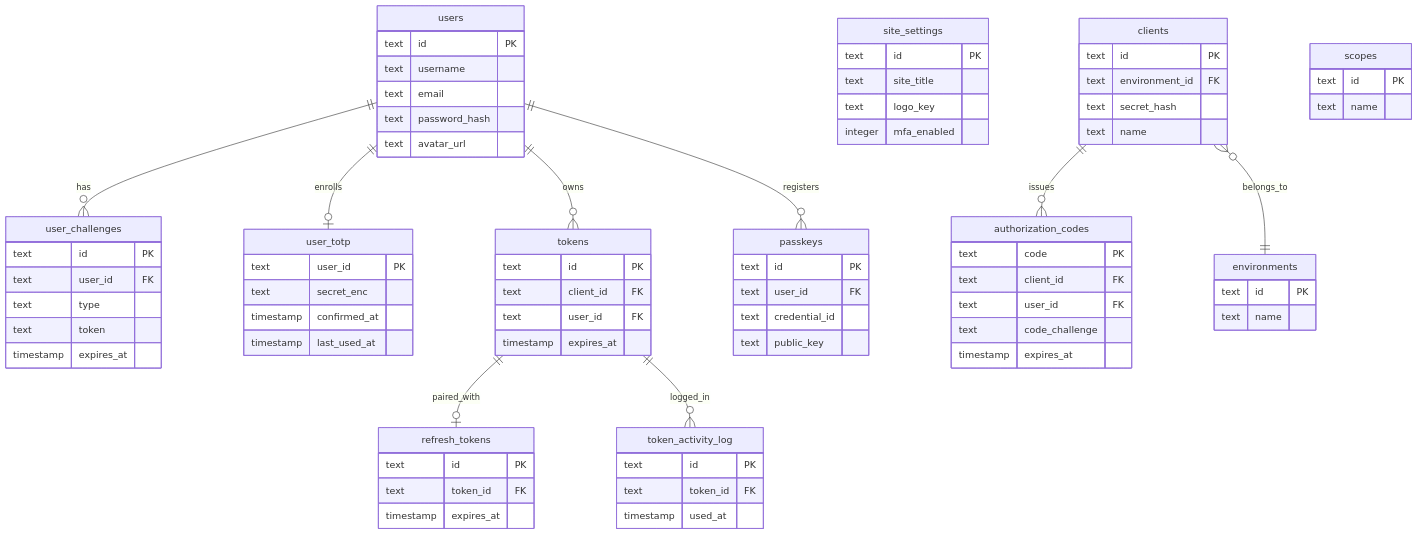
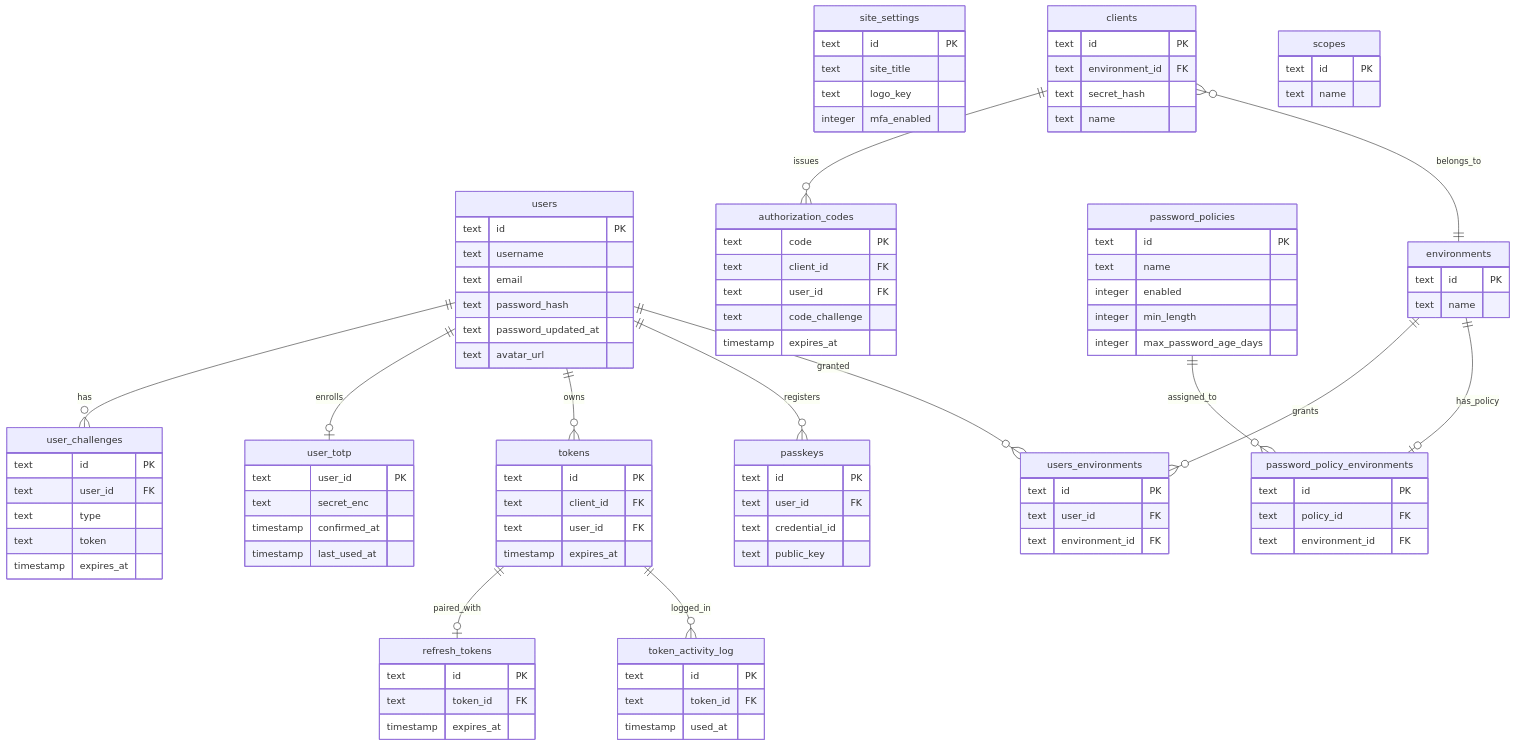
The second of 8 diagrams in docs/ARCHITECTURE.md (eetr-ai/eetr-auth), drawn with Mermaid before and after one commit. The commit also changed other lines of this file and 1 other file, not shown here.

Commit message:
docs: document password policies + user environment access
FEATURES: add Password Policies (per-env complexity rules + login max-age gate),
Environment Access (users_environments), dashboard/security entries.
ARCHITECTURE: add the three new tables + users.password_updated_at to the ER
diagram and bump the table count to 25.

````diff
--- a/docs/ARCHITECTURE.md
+++ b/docs/ARCHITECTURE.md
@@ -129,6 +129,7 @@
         text username
         text email
         text password_hash
+        text password_updated_at
         text avatar_url
     }
     user_challenges {
@@ -163,6 +164,23 @@
     scopes {
         text id PK
         text name
+    }
+    password_policies {
+        text id PK
+        text name
+        integer enabled
+        integer min_length
+        integer max_password_age_days
+    }
+    password_policy_environments {
+        text id PK
+        text policy_id FK
+        text environment_id FK
+    }
+    users_environments {
+        text id PK
+        text user_id FK
+        text environment_id FK
     }
     authorization_codes {
         text code PK
@@ -202,4 +220,8 @@
     clients }o--|| environments : belongs_to
     tokens ||--o| refresh_tokens : paired_with
     tokens ||--o{ token_activity_log : logged_in
+    users ||--o{ users_environments : granted
+    environments ||--o{ users_environments : grants
+    password_policies ||--o{ password_policy_environments : assigned_to
+    environments ||--o| password_policy_environments : has_policy
 ```
````
